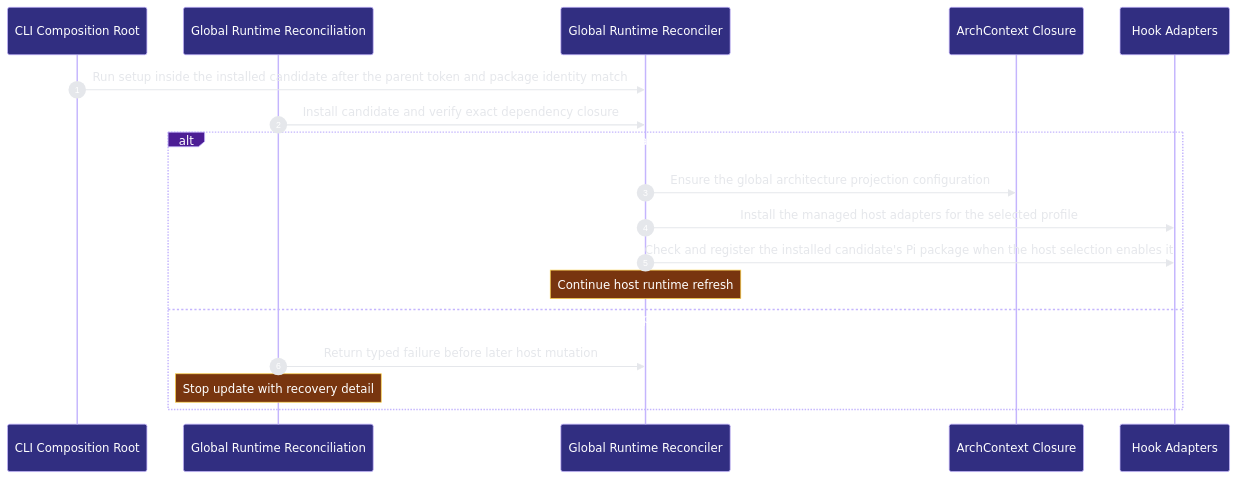
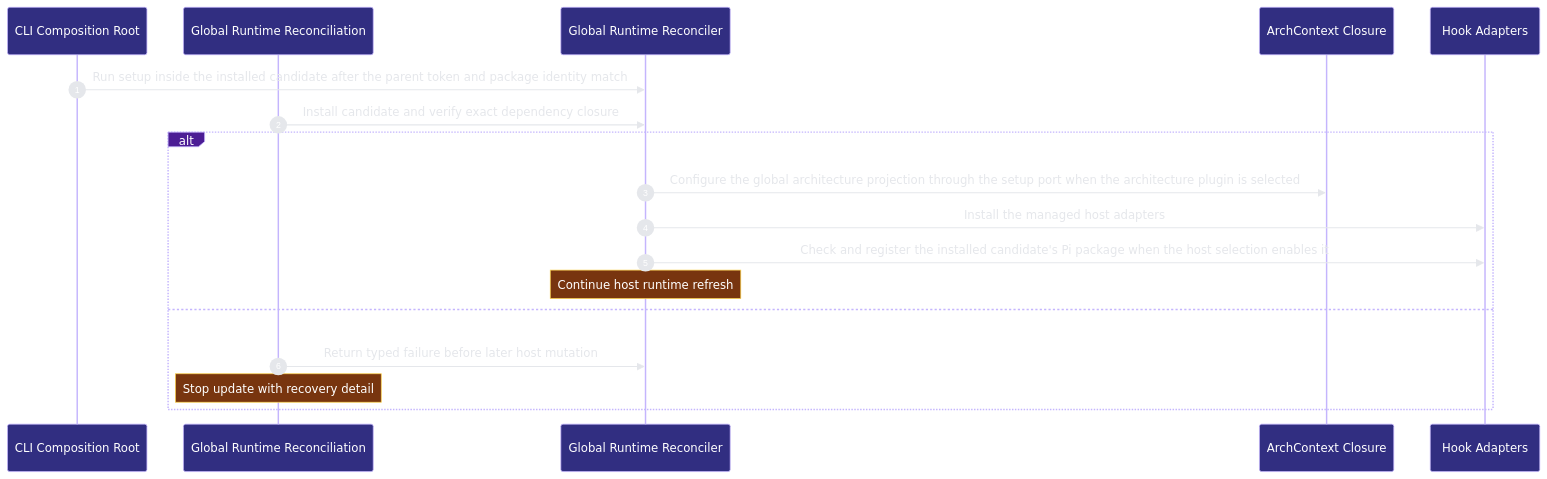
Before and after one commit to Ancienttwo/repo-harness: the second of 2 diagrams in docs/architecture/modules/runtime-harness/global-runtime-reconciliation.md, drawn with Mermaid. The commit also changed other lines of this file and 14 other files, not shown here.

First line of the commit message:
chore(projection): refresh generated architecture outputs for main@ccdc0587af67

````diff
--- a/docs/architecture/modules/runtime-harness/global-runtime-reconciliation.md
+++ b/docs/architecture/modules/runtime-harness/global-runtime-reconciliation.md
@@ -194,21 +187,21 @@
 ```mermaid
 %%{init: {"theme":"base","themeVariables":{"background":"#0d1117","actorBkg":"#312e81","actorBorder":"#c4b5fd","actorTextColor":"#ffffff","signalColor":"#e5e7eb","signalTextColor":"#e5e7eb","labelBoxBkgColor":"#4c1d95","labelBoxBorderColor":"#c4b5fd","labelTextColor":"#ffffff","noteBkgColor":"#78350f","noteBorderColor":"#fcd34d","noteTextColor":"#ffffff","sequenceNumberColor":"#ffffff"}}}%%
 sequenceDiagram
   autonumber
   participant p2_cli_root_24d546ae as CLI Composition Root
   participant p2_update_command_da52852b as Global Runtime Reconciliation
   participant p2_reconciler_93a3ce0f as Global Runtime Reconciler
   participant p2_archctx_closure_c0374f9d as ArchContext Closure
   participant p2_hook_adapters_e2a7f63a as Hook Adapters
   p2_cli_root_24d546ae->>p2_reconciler_93a3ce0f: Run setup inside the installed candidate after the parent token and package identity match
   p2_update_command_da52852b->>p2_reconciler_93a3ce0f: Install candidate and verify exact dependency closure
-  alt Mandatory closure and selected profile tooling are ready
-  p2_reconciler_93a3ce0f->>p2_archctx_closure_c0374f9d: Ensure the global architecture projection configuration
-  p2_reconciler_93a3ce0f->>p2_hook_adapters_e2a7f63a: Install the managed host adapters for the selected profile
+  alt Mandatory closure and selected plugin tooling are ready
+  p2_reconciler_93a3ce0f->>p2_archctx_closure_c0374f9d: Configure the global architecture projection through the setup port when the architecture plugin is selected
+  p2_reconciler_93a3ce0f->>p2_hook_adapters_e2a7f63a: Install the managed host adapters
   p2_reconciler_93a3ce0f->>p2_hook_adapters_e2a7f63a: Check and register the installed candidate's Pi package when the host selection enables it
     Note over p2_reconciler_93a3ce0f: Continue host runtime refresh
   else Package or Node or capability or tooling readback failed
   p2_update_command_da52852b->>p2_reconciler_93a3ce0f: Return typed failure before later host mutation
     Note over p2_update_command_da52852b: Stop update with recovery detail
   end
 ```
````
